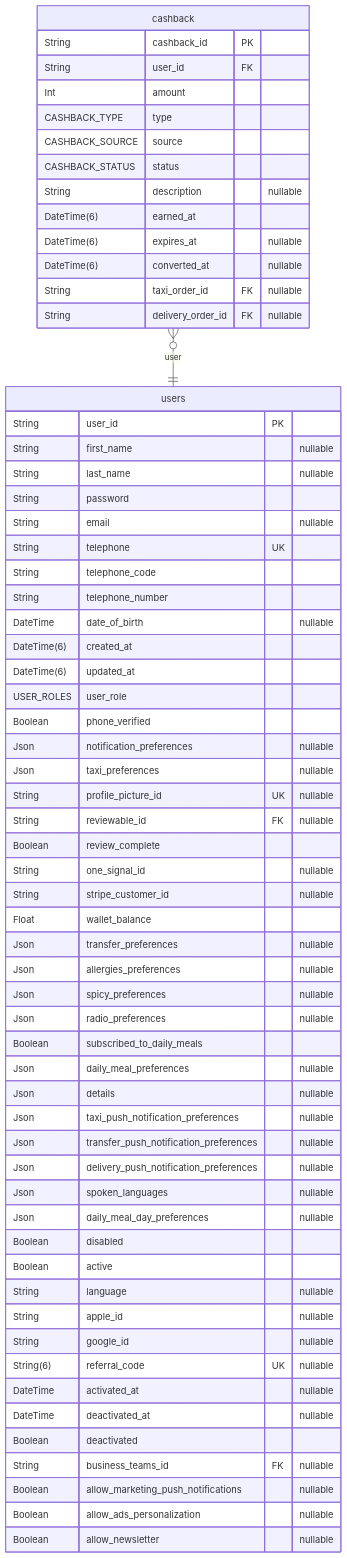
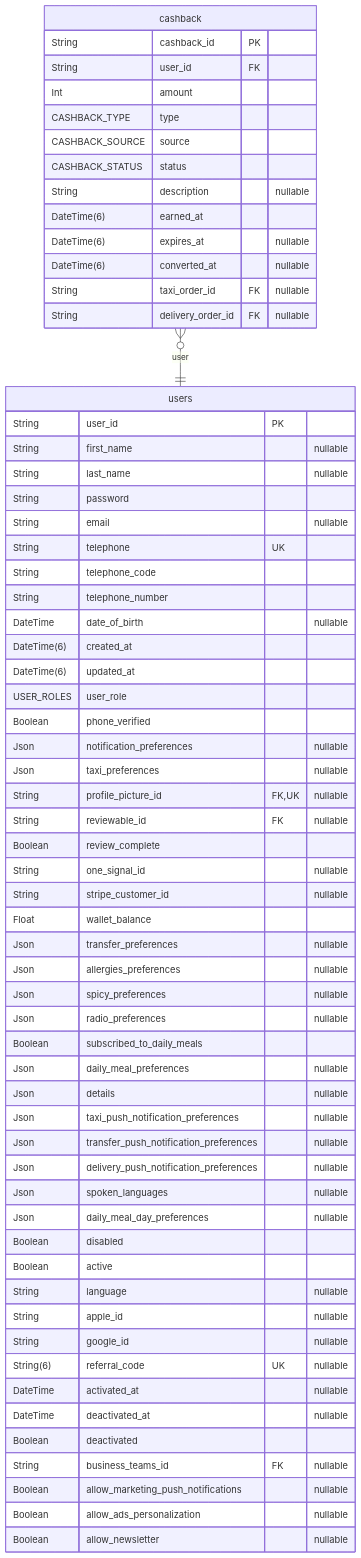
One commit to pbozic/be-analyisis changed the third of 39 diagrams in prisma/schemas/ERD.md. Above: the diagram before and after it, drawn with Mermaid. The commit also changed other lines of this file and 6 other files, not shown here.

Commit message:
feature: erd bloat update + relation names change + removed newline in post-processing function

````diff
--- a/prisma/schemas/ERD.md
+++ b/prisma/schemas/ERD.md
@@ -492,66 +518,66 @@
 ```mermaid
 erDiagram
 "cashback" {
   String cashback_id PK
   String user_id FK
   Int amount
   CASHBACK_TYPE type
   CASHBACK_SOURCE source
   CASHBACK_STATUS status
   String description "nullable"
   DateTime(6) earned_at
   DateTime(6) expires_at "nullable"
   DateTime(6) converted_at "nullable"
   String taxi_order_id FK "nullable"
   String delivery_order_id FK "nullable"
 }
 "users" {
   String user_id PK
   String first_name "nullable"
   String last_name "nullable"
   String password
   String email "nullable"
   String telephone UK
   String telephone_code
   String telephone_number
   DateTime date_of_birth "nullable"
   DateTime(6) created_at
   DateTime(6) updated_at
   USER_ROLES user_role
   Boolean phone_verified
   Json notification_preferences "nullable"
   Json taxi_preferences "nullable"
-  String profile_picture_id UK "nullable"
+  String profile_picture_id FK,UK "nullable"
   String reviewable_id FK "nullable"
   Boolean review_complete
   String one_signal_id "nullable"
   String stripe_customer_id "nullable"
   Float wallet_balance
   Json transfer_preferences "nullable"
   Json allergies_preferences "nullable"
   Json spicy_preferences "nullable"
   Json radio_preferences "nullable"
   Boolean subscribed_to_daily_meals
   Json daily_meal_preferences "nullable"
   Json details "nullable"
   Json taxi_push_notification_preferences "nullable"
   Json transfer_push_notification_preferences "nullable"
   Json delivery_push_notification_preferences "nullable"
   Json spoken_languages "nullable"
   Json daily_meal_day_preferences "nullable"
   Boolean disabled
   Boolean active
   String language "nullable"
   String apple_id "nullable"
   String google_id "nullable"
   String(6) referral_code UK "nullable"
   DateTime activated_at "nullable"
   DateTime deactivated_at "nullable"
   Boolean deactivated
   String business_teams_id FK "nullable"
   Boolean allow_marketing_push_notifications "nullable"
   Boolean allow_ads_personalization "nullable"
   Boolean allow_newsletter "nullable"
 }
 "cashback" }o--|| "users" : user
 ```
````
